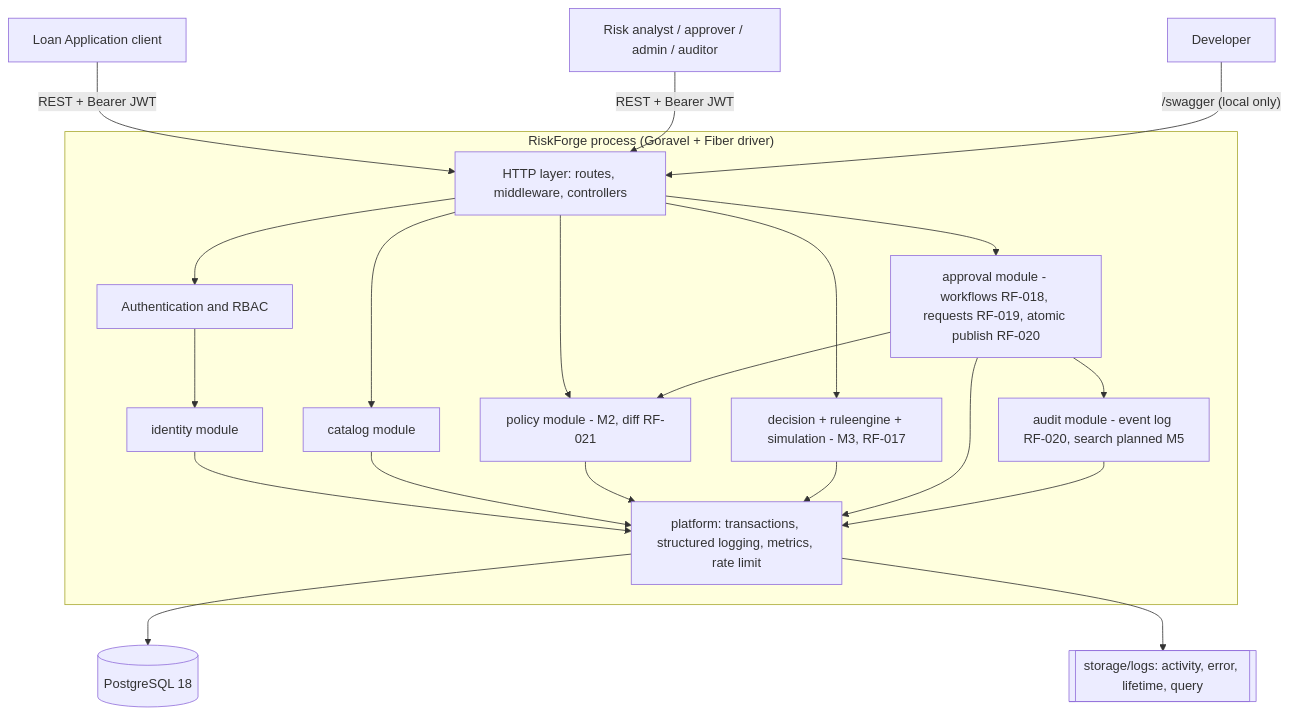
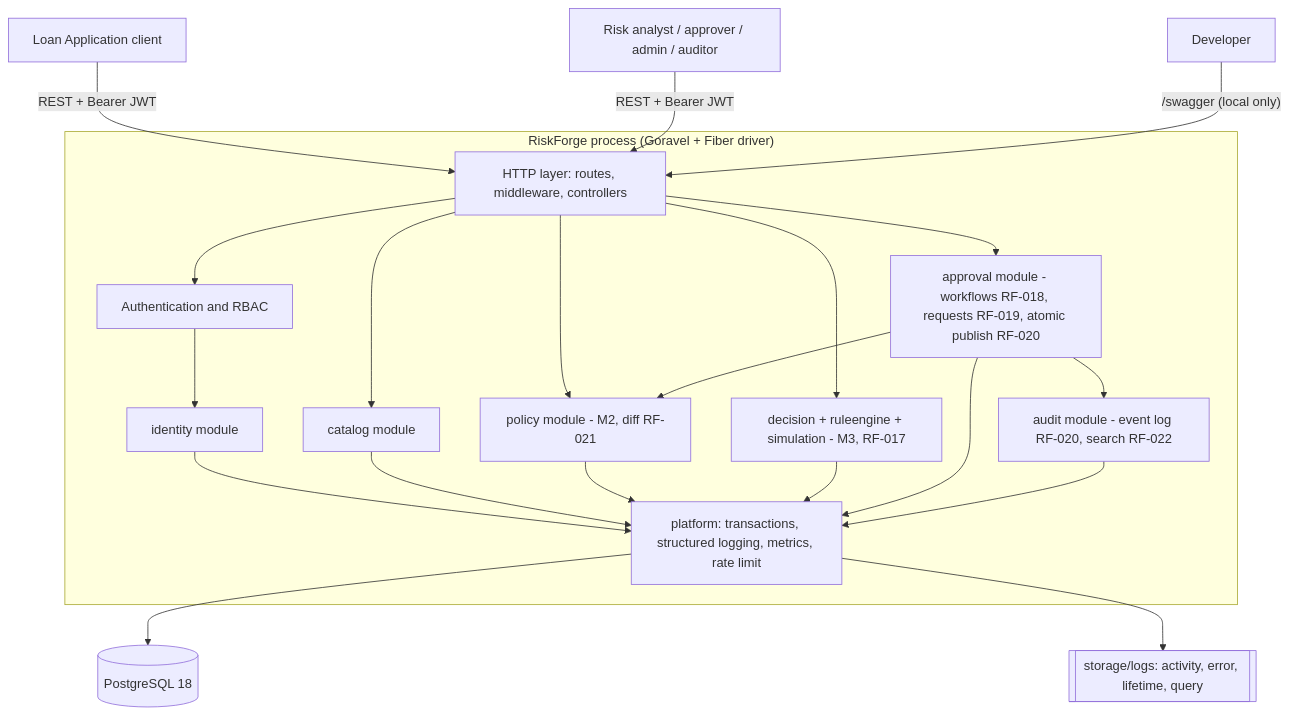
The first of 5 diagrams in docs/ARCHITECTURE.md (lathief/RiskForge), drawn with Mermaid before and after one commit. The commit also changed other lines of this file and 19 other files, not shown here.

First line of the commit message:
RF-026: demo walkthrough, synthetic fixtures, README and diagrams

````diff
--- a/docs/ARCHITECTURE.md
+++ b/docs/ARCHITECTURE.md
@@ -7,28 +7,28 @@
 ```mermaid
 flowchart TD
     LoanApp[Loan Application client] -->|"REST + Bearer JWT"| API
     Staff[Risk analyst / approver / admin / auditor] -->|"REST + Bearer JWT"| API
     Dev[Developer] -->|"/swagger (local only)"| API
 
     subgraph Process["RiskForge process (Goravel + Fiber driver)"]
         API[HTTP layer: routes, middleware, controllers]
         API --> AUTH[Authentication and RBAC]
         AUTH --> IDENTITY[identity module]
         API --> CATALOG[catalog module]
         API --> POLICY[policy module - M2, diff RF-021]
         API --> ENGINE[decision + ruleengine + simulation - M3, RF-017]
         API --> APPROVAL[approval module - workflows RF-018, requests RF-019, atomic publish RF-020]
         APPROVAL --> POLICY
-        APPROVAL --> AUDIT[audit module - event log RF-020, search planned M5]
+        APPROVAL --> AUDIT[audit module - event log RF-020, search RF-022]
         PLATFORM[platform: transactions, structured logging, metrics, rate limit]
     end
 
     IDENTITY --> PLATFORM
     CATALOG --> PLATFORM
     POLICY --> PLATFORM
     ENGINE --> PLATFORM
     APPROVAL --> PLATFORM
     AUDIT --> PLATFORM
     PLATFORM --> DB[(PostgreSQL 18)]
     PLATFORM --> LOGS[[storage/logs: activity, error, lifetime, query]]
 ```
````
